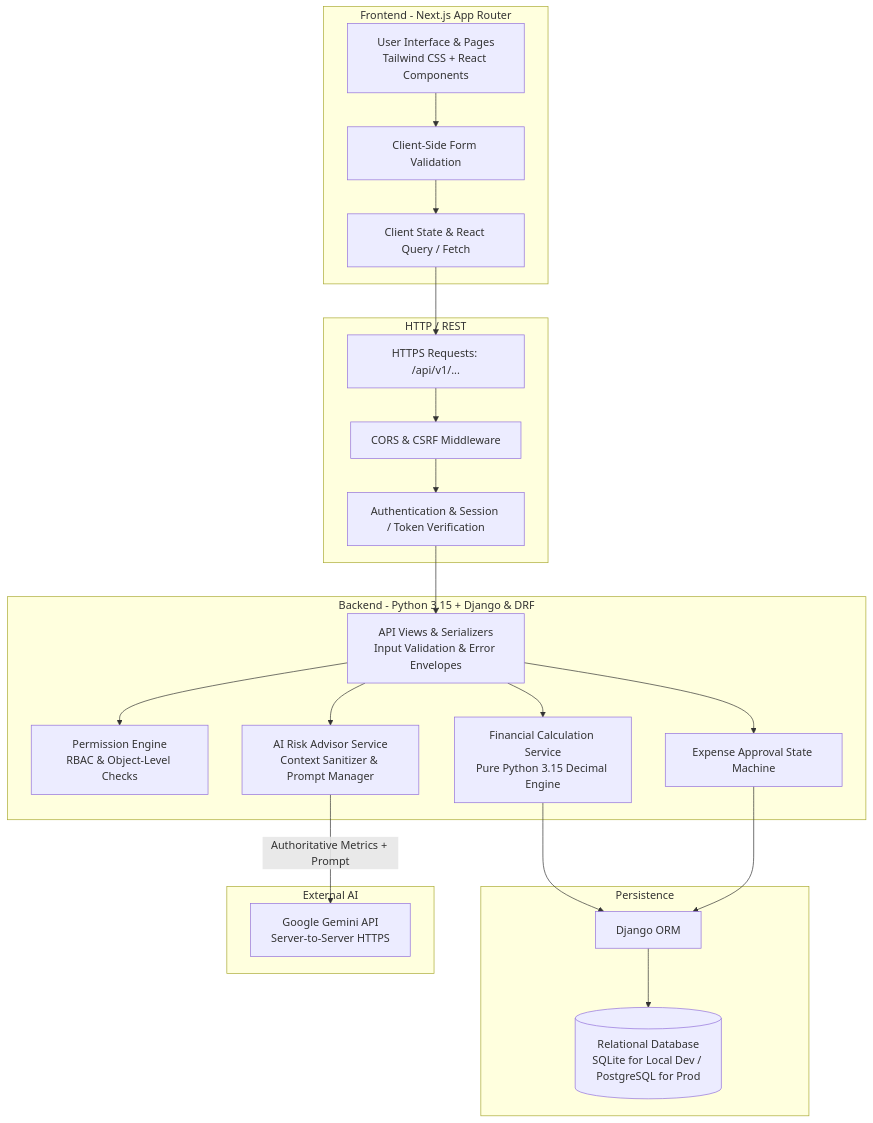
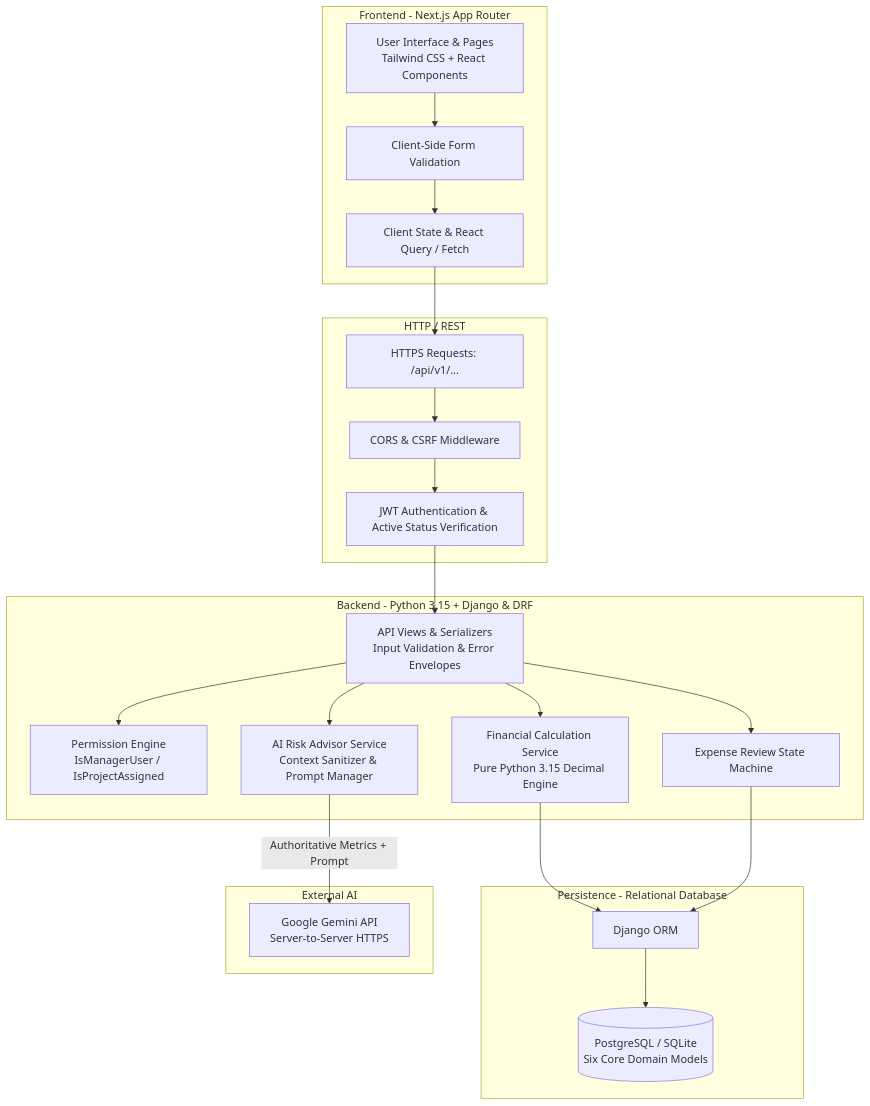
Before and after one commit to RafiAwes/margin_watch_ai: the first of 3 diagrams in docs/architecture.md, drawn with Mermaid. The commit also changed other lines of this file and 13 other files, not shown here.

Commit message:
feat: add comprehensive system requirements and architecture documentation

````diff
--- a/docs/architecture.md
+++ b/docs/architecture.md
@@ -24,42 +32,42 @@
 ```mermaid
 graph TB
     subgraph Client Tier [Frontend - Next.js App Router]
         UI[User Interface & Pages<br>Tailwind CSS + React Components]
         State[Client State & React Query / Fetch]
         UXVal[Client-Side Form Validation]
     end
 
     subgraph Gateway & Transport [HTTP / REST]
         API_REQ[HTTPS Requests: /api/v1/...]
         CORS[CORS & CSRF Middleware]
-        AUTH_MW[Authentication & Session / Token Verification]
+        AUTH_MW[JWT Authentication & Active Status Verification]
     end
 
     subgraph Service Tier [Backend - Python 3.15 + Django & DRF]
         Views[API Views & Serializers<br>Input Validation & Error Envelopes]
-        Perms[Permission Engine<br>RBAC & Object-Level Checks]
+        Perms[Permission Engine<br>IsManagerUser / IsProjectAssigned]
         FinEngine[Financial Calculation Service<br>Pure Python 3.15 Decimal Engine]
-        ExpenseState[Expense Approval State Machine]
+        ExpenseState[Expense Review State Machine]
         AIService[AI Risk Advisor Service<br>Context Sanitizer & Prompt Manager]
     end
 
-    subgraph Data Tier [Persistence]
+    subgraph Data Tier [Persistence - Relational Database]
         ORM[Django ORM]
-        DB[(Relational Database<br>SQLite for Local Dev / PostgreSQL for Prod)]
+        DB[(PostgreSQL / SQLite<br>Six Core Domain Models)]
     end
 
     subgraph External Provider Tier [External AI]
         Gemini[Google Gemini API<br>Server-to-Server HTTPS]
     end
 
     UI --> UXVal --> State --> API_REQ
     API_REQ --> CORS --> AUTH_MW --> Views
     Views --> Perms
     Views --> FinEngine
     Views --> ExpenseState
     FinEngine --> ORM
     ExpenseState --> ORM
     ORM --> DB
     Views --> AIService
     AIService -->|Authoritative Metrics + Prompt| Gemini
 ```
````
